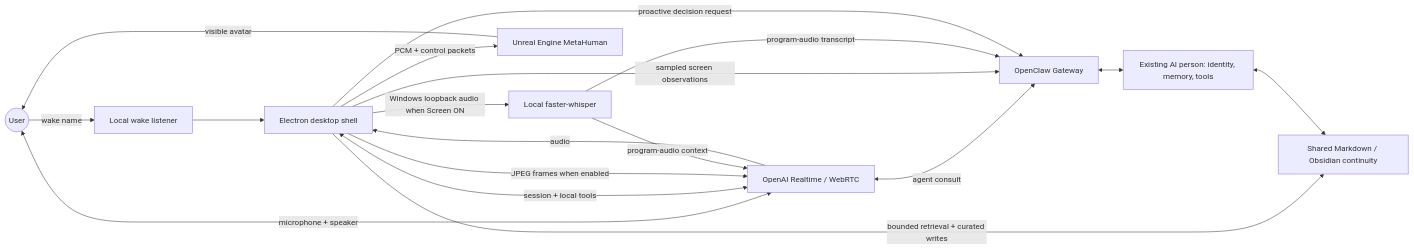
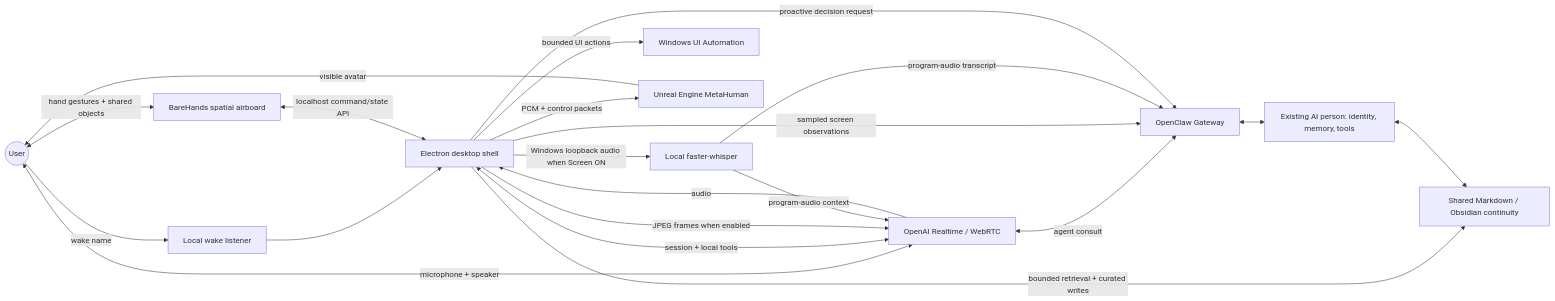
Before and after one commit to marisombra-dev/desktop-ai-avatar-blueprint: the diagram in README.md, drawn with Mermaid. The commit also changed other lines of this file, not shown here.

Commit message:
Surface generalized hands and spatial airboard in README

````diff
--- a/README.md
+++ b/README.md
@@ -25,20 +26,23 @@
 ```mermaid
 flowchart LR
     User((User)) -->|wake name| Wake[Local wake listener]
     Wake --> Shell[Electron desktop shell]
     User <-->|microphone + speaker| RT[OpenAI Realtime / WebRTC]
     Shell <-->|session + local tools| RT
     RT <-->|agent consult| OC[OpenClaw Gateway]
     OC <--> Brain[Existing AI person: identity, memory, tools]
     Shell -->|bounded retrieval + curated writes| Vault[Shared Markdown / Obsidian continuity]
     Brain <--> Vault
     Shell -->|JPEG frames when enabled| RT
     Shell -->|sampled screen observations| OC
     Shell -->|Windows loopback audio when Screen ON| STT[Local faster-whisper]
     STT -->|program-audio transcript| OC
     STT -->|program-audio context| RT
+    Shell -->|bounded UI actions| UIA[Windows UI Automation]
+    User <-->|hand gestures + shared objects| Airboard[BareHands spatial airboard]
+    Airboard <-->|localhost command/state API| Shell
     Shell -->|PCM + control packets| UE[Unreal Engine MetaHuman]
     RT -->|audio| Shell
     UE -->|visible avatar| User
     Shell -->|proactive decision request| OC
 ```
````
